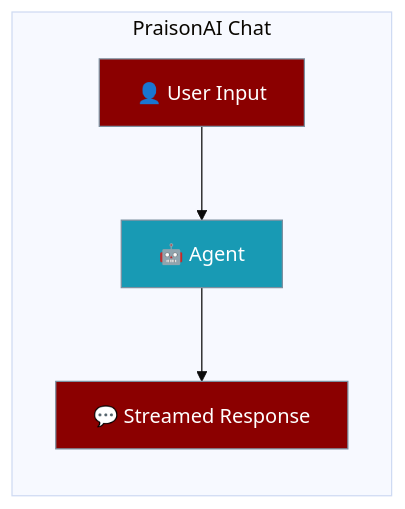
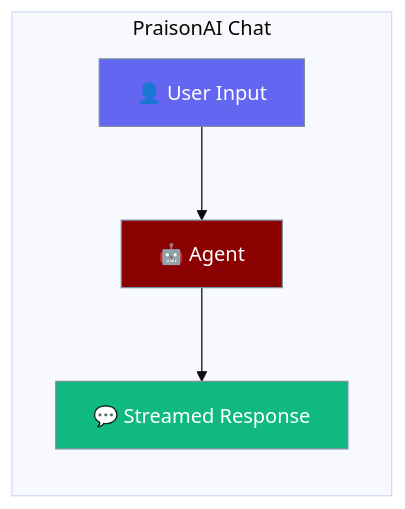
The first of 2 diagrams in docs/features/chat.mdx (MervinPraison/PraisonAIDocs), drawn with Mermaid (base theme) before and after one commit. The commit also changed other lines of this file and 9 other files, not shown here.

````diff
--- a/docs/features/chat.mdx
+++ b/docs/features/chat.mdx
@@ -21,13 +19,15 @@
 ```mermaid
 graph LR
     subgraph "PraisonAI Chat"
         In[👤 User Input] --> Agent[🤖 Agent]
         Agent --> Out[💬 Streamed Response]
     end
 
+    classDef input fill:#6366F1,stroke:#7C90A0,color:#fff
     classDef agent fill:#8B0000,stroke:#7C90A0,color:#fff
-    classDef tool fill:#189AB4,stroke:#7C90A0,color:#fff
+    classDef output fill:#10B981,stroke:#7C90A0,color:#fff
 
-    class In,Out agent
-    class Agent tool
+    class In input
+    class Agent agent
+    class Out output
 ```
````
